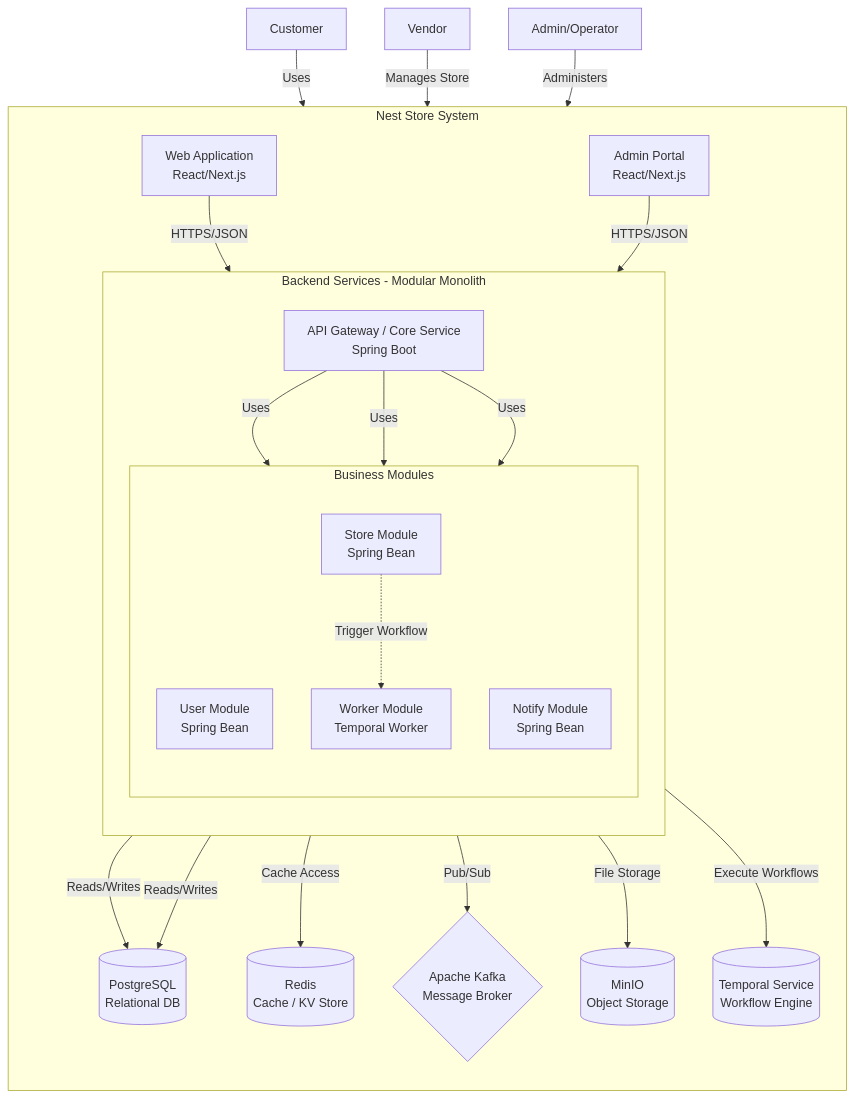
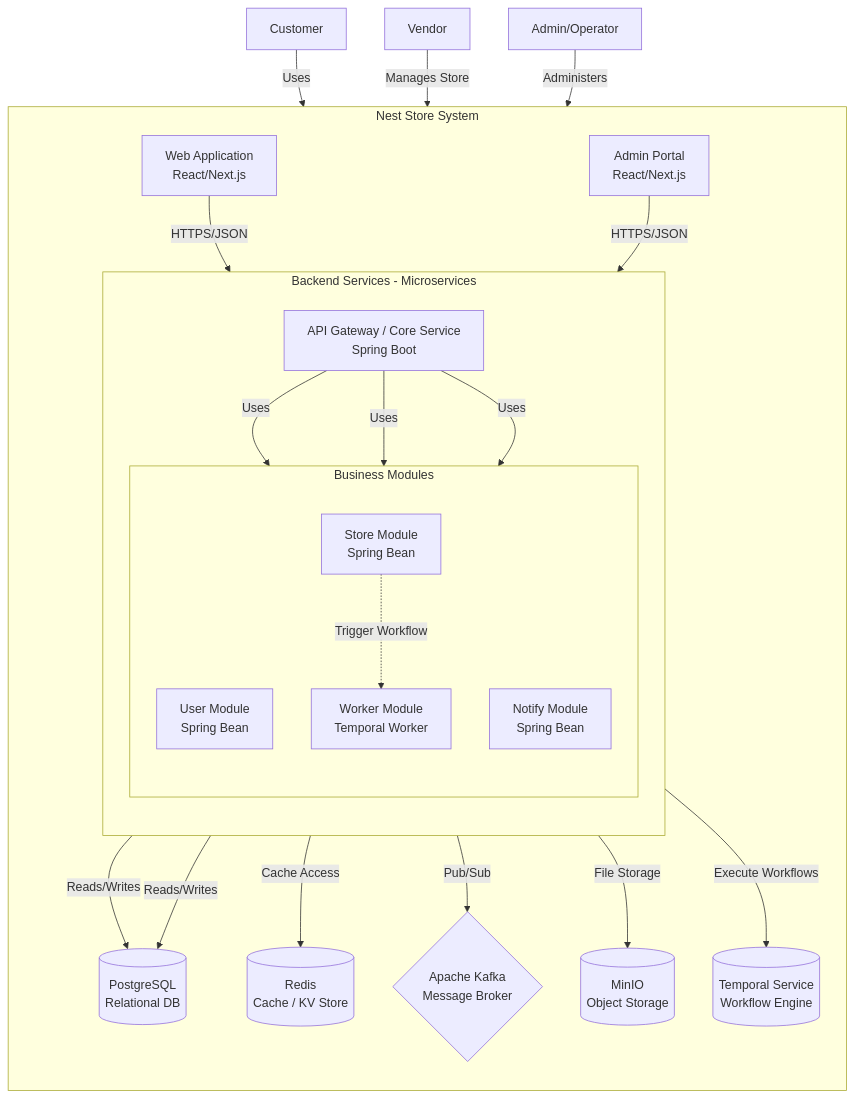
Before and after one commit to tranvanlong1999/nest-store-document: the first of 5 diagrams in docs/00-giai-phap-cong-nghe/02-tai-lieu-ky-thuat/04-thiet-ke/04-cac-bieu-do-khac.md, drawn with Mermaid. The commit also changed other lines of this file and 6 other files, not shown here.

````diff
--- a/docs/00-giai-phap-cong-nghe/02-tai-lieu-ky-thuat/04-thiet-ke/04-cac-bieu-do-khac.md
+++ b/docs/00-giai-phap-cong-nghe/02-tai-lieu-ky-thuat/04-thiet-ke/04-cac-bieu-do-khac.md
@@ -14,57 +14,57 @@
 ```mermaid
 graph TD
     %% Actors
     Customer[Customer]
     Vendor[Vendor]
     Admin[Admin/Operator]
 
     subgraph NestStoreSystem [Nest Store System]
         direction TB
         %% Frontend Containers
         WebApp[Web Application<br/>React/Next.js]
         AdminPortal[Admin Portal<br/>React/Next.js]
 
         %% Backend Boundary
-        subgraph BackendServices [Backend Services - Modular Monolith]
+        subgraph BackendServices [Backend Services - Microservices]
             direction TB
             APIGateway[API Gateway / Core Service<br/>Spring Boot]
 
             subgraph Modules [Business Modules]
                 direction TB
                 UserMod[User Module<br/>Spring Bean]
                 StoreMod[Store Module<br/>Spring Bean]
                 NotifyMod[Notify Module<br/>Spring Bean]
                 WorkerMod[Worker Module<br/>Temporal Worker]
             end
         end
 
         %% Infrastructure / DBs
         Postgres[(PostgreSQL<br/>Relational DB)]
         Redis[(Redis<br/>Cache / KV Store)]
         Kafka{Apache Kafka<br/>Message Broker}
         MinIO[(MinIO<br/>Object Storage)]
         Temporal[(Temporal Service<br/>Workflow Engine)]
     end
 
     %% Relationships
     Customer -->|Uses| WebApp
     Vendor -->|Manages Store| WebApp
     Admin -->|Administers| AdminPortal
 
     WebApp -->|HTTPS/JSON| APIGateway
     AdminPortal -->|HTTPS/JSON| APIGateway
 
     APIGateway -->|Uses| UserMod
     APIGateway -->|Uses| StoreMod
     APIGateway -->|Uses| NotifyMod
 
     StoreMod -.->|Trigger Workflow| WorkerMod
 
     UserMod -->|Reads/Writes| Postgres
     StoreMod -->|Reads/Writes| Postgres
 
     APIGateway -->|Cache Access| Redis
     APIGateway -->|Pub/Sub| Kafka
     APIGateway -->|File Storage| MinIO
     APIGateway -->|Execute Workflows| Temporal
 ```
````
